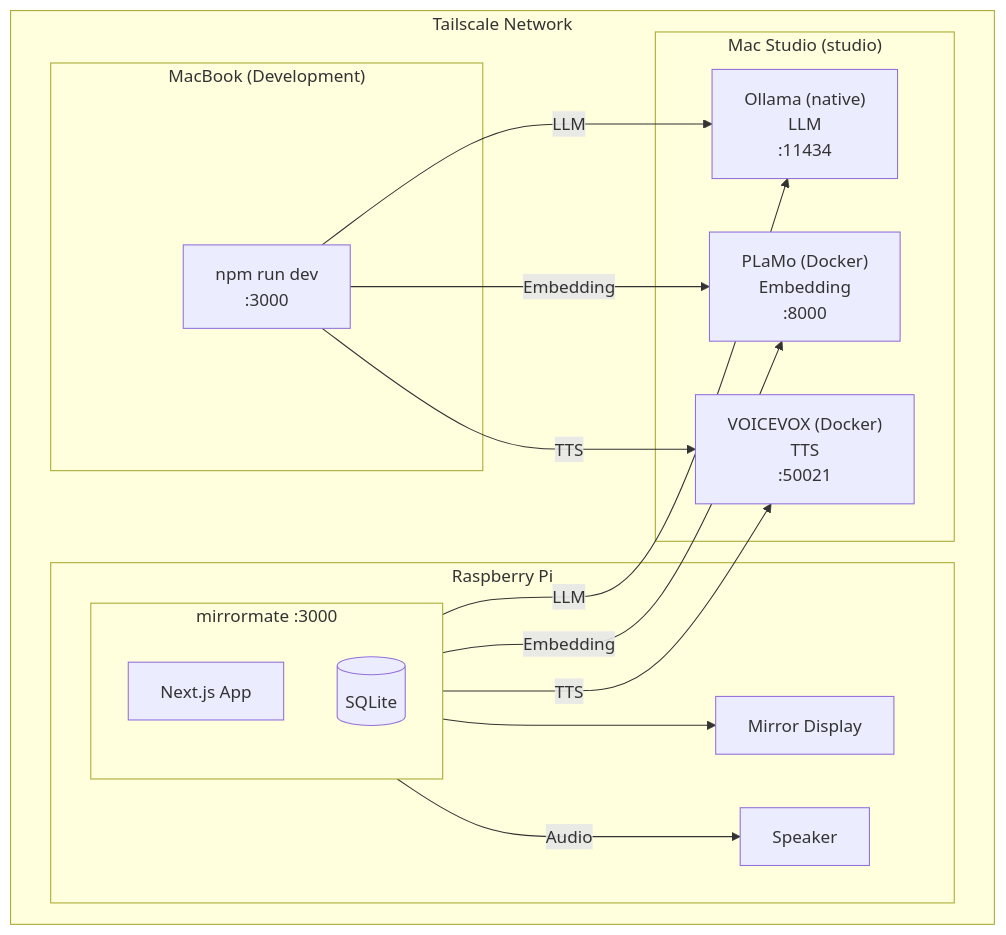
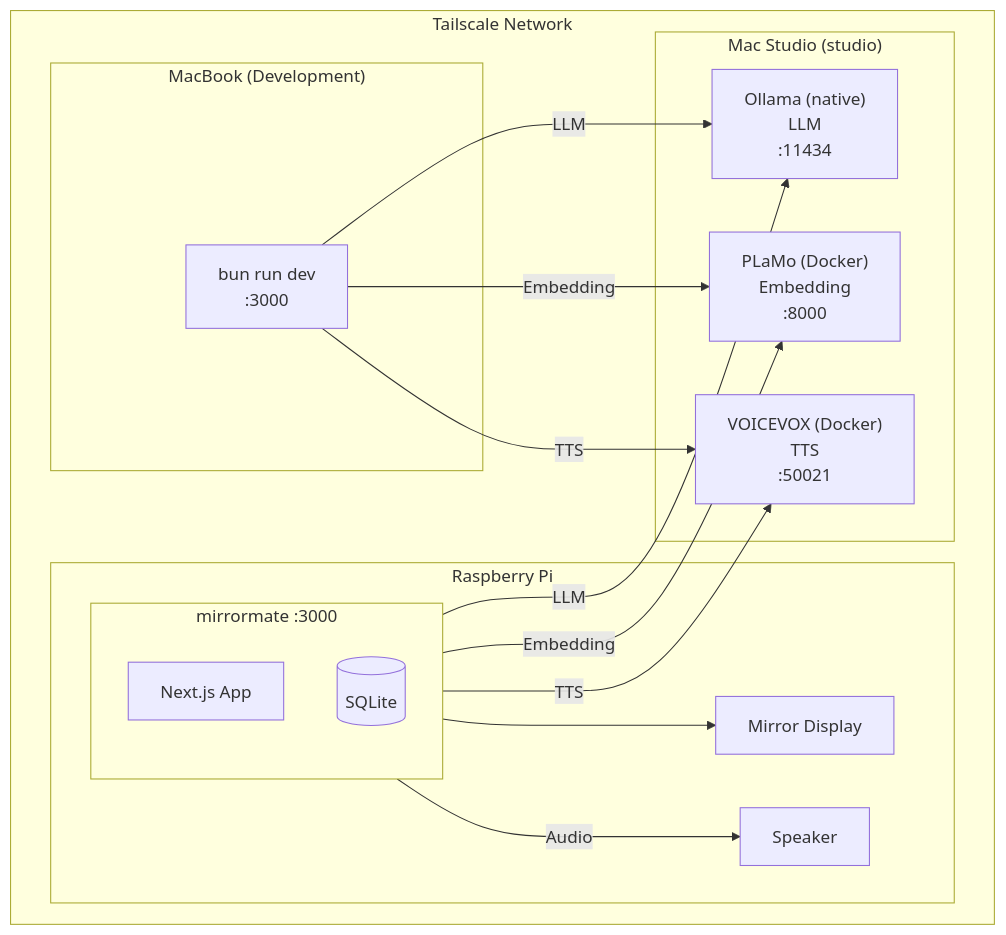
One commit to orangekame3/mirrormate changed the first of 3 diagrams in docs/guide/recommended-setup.md. Above: the diagram before and after it, drawn with Mermaid. The commit also changed other lines of this file and 5 other files, not shown here.

````diff
--- a/docs/guide/recommended-setup.md
+++ b/docs/guide/recommended-setup.md
@@ -7,32 +7,32 @@
 ```mermaid
 flowchart TB
     subgraph Tailscale["Tailscale Network"]
         subgraph Studio["Mac Studio (studio)"]
             Ollama["Ollama (native)<br/>LLM<br/>:11434"]
             PLaMo["PLaMo (Docker)<br/>Embedding<br/>:8000"]
             VOICEVOX["VOICEVOX (Docker)<br/>TTS<br/>:50021"]
         end
 
         subgraph RPi["Raspberry Pi"]
             Mirror["Mirror Display"]
             subgraph App["mirrormate :3000"]
                 NextJS["Next.js App"]
                 SQLite[(SQLite)]
             end
             Speaker["Speaker"]
         end
 
         subgraph MacBook["MacBook (Development)"]
-            Dev["npm run dev<br/>:3000"]
+            Dev["bun run dev<br/>:3000"]
         end
 
         App -->|LLM| Ollama
         App -->|Embedding| PLaMo
         App -->|TTS| VOICEVOX
         Dev -->|LLM| Ollama
         Dev -->|Embedding| PLaMo
         Dev -->|TTS| VOICEVOX
         App --> Mirror
         App -->|Audio| Speaker
     end
 ```
````
